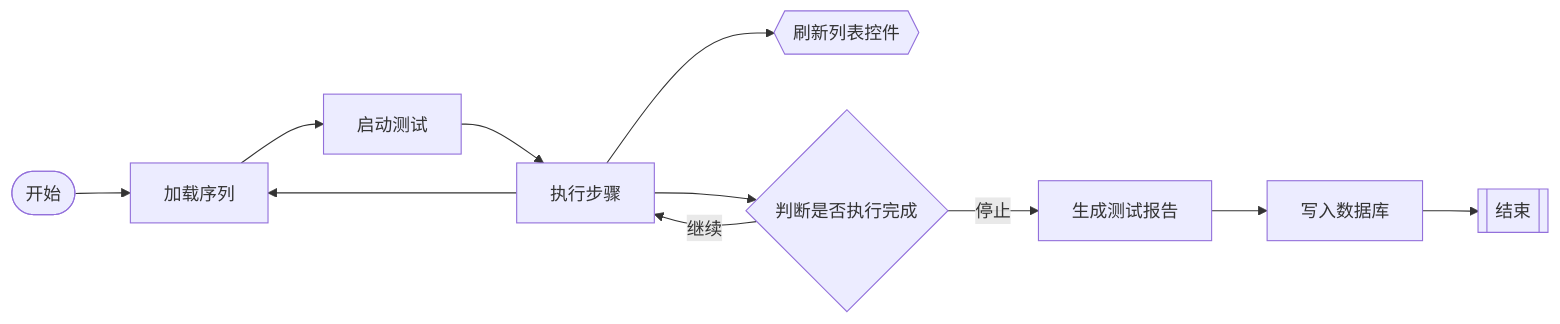
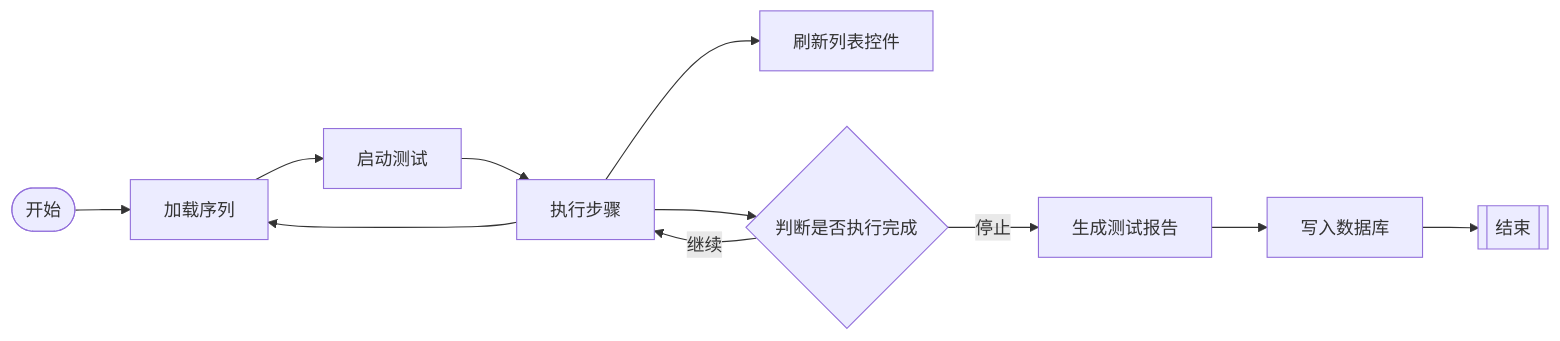
Before and after one commit to XiongXinwei-code/test-bench-framework: the first of 2 diagrams in docs/_docs/测试引擎.md, drawn with Mermaid. The commit also changed other lines of this file and 4 other files, not shown here.

````diff
--- a/docs/_docs/测试引擎.md
+++ b/docs/_docs/测试引擎.md
@@ -19,13 +20,13 @@
 ```mermaid
 flowchart LR
 S([开始])-->A[加载序列]
 A-->B[启动测试]
 B-->C[执行步骤]
 C-->A
-C-->F{{刷新列表控件}}
+C-->F[刷新列表控件]
 C-->D{判断是否执行完成}
 D-->|继续|C
 D-->|停止|E[生成测试报告]
 E-->G[写入数据库]
 G-->H[[结束]]
 ```
````
